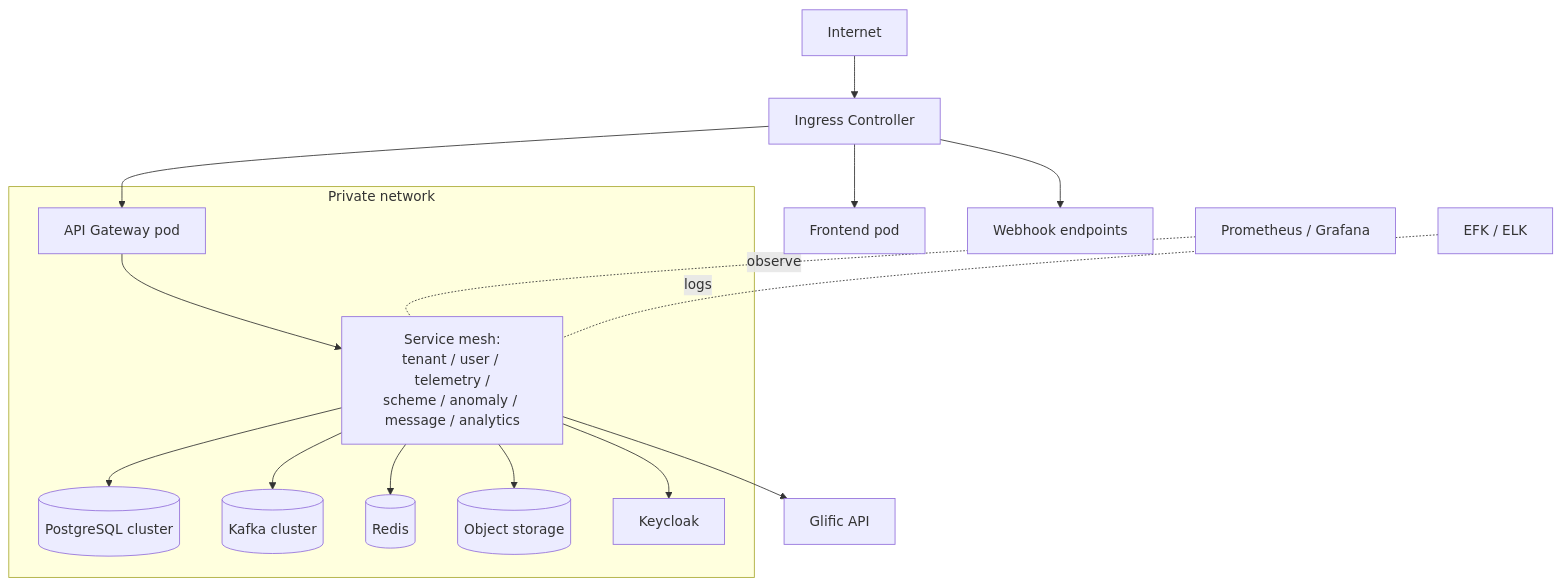
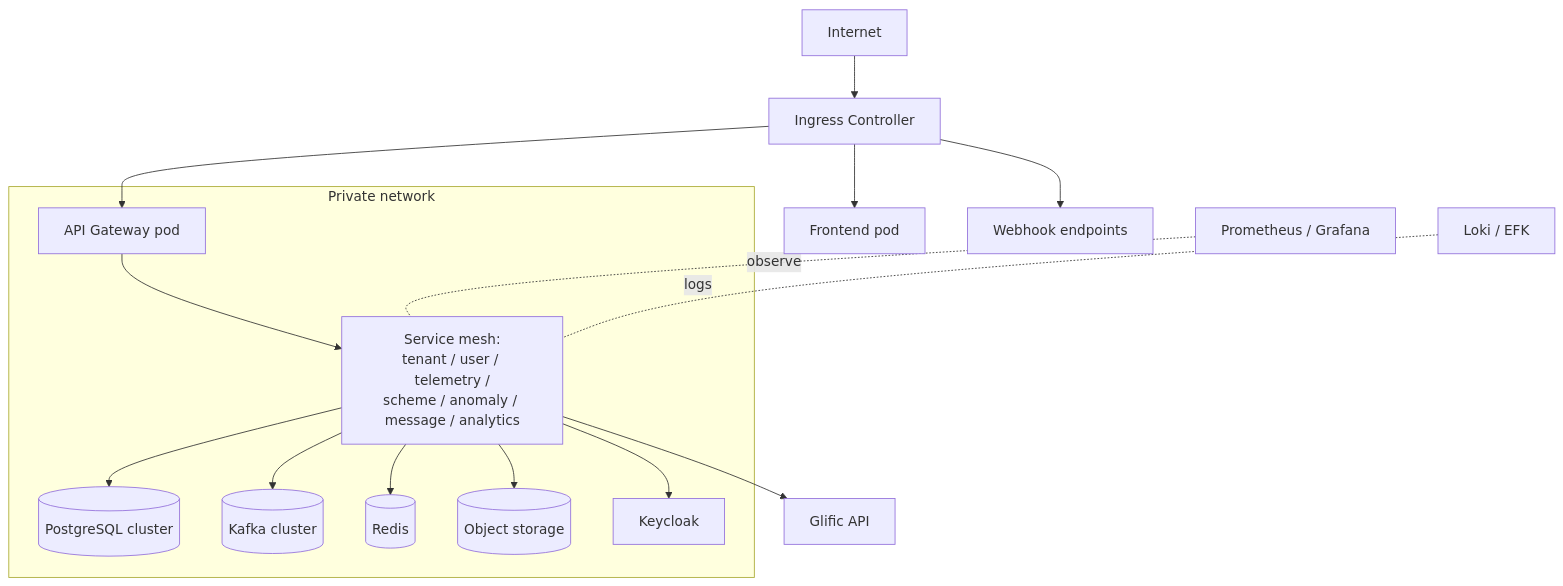
The diagram in gitbook/deployment-architecture.md (arghyam/JalSoochak), drawn with Mermaid before and after one commit. The commit also changed other lines of this file and 13 other files, not shown here.

````diff
--- a/gitbook/deployment-architecture.md
+++ b/gitbook/deployment-architecture.md
@@ -45,18 +45,18 @@
 ```mermaid
 graph TD
     NET[Internet] --> ING[Ingress Controller]
     ING --> GWP[API Gateway pod]
     ING --> FEP[Frontend pod]
     ING --> WHP[Webhook endpoints]
     subgraph Private network
         GWP --> MESH[Service mesh:<br/>tenant / user / telemetry /<br/>scheme / anomaly / message / analytics]
         MESH --> PG[(PostgreSQL cluster)]
         MESH --> KAF[(Kafka cluster)]
         MESH --> RED[(Redis)]
         MESH --> OBJ[(Object storage)]
         MESH --> KC[Keycloak]
     end
     MESH --> GLIFIC[Glific API]
     MON[Prometheus / Grafana] -. observe .- MESH
-    LOG[EFK / ELK] -. logs .- MESH
+    LOG[Loki / EFK] -. logs .- MESH
 ```
````
